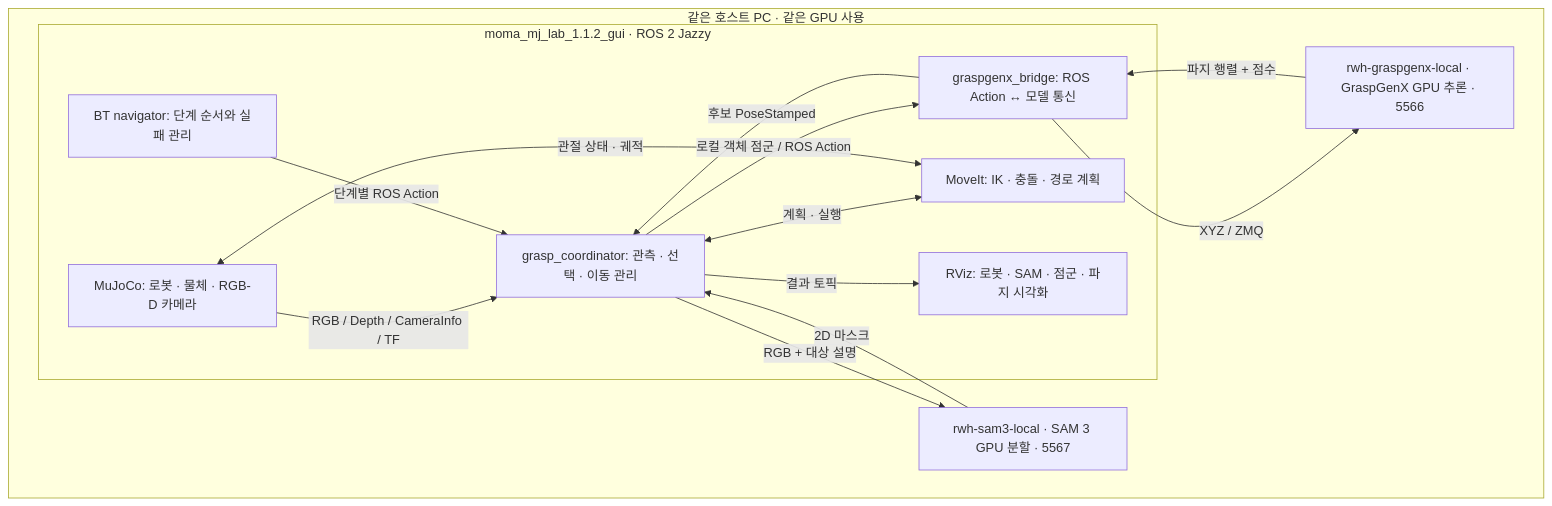
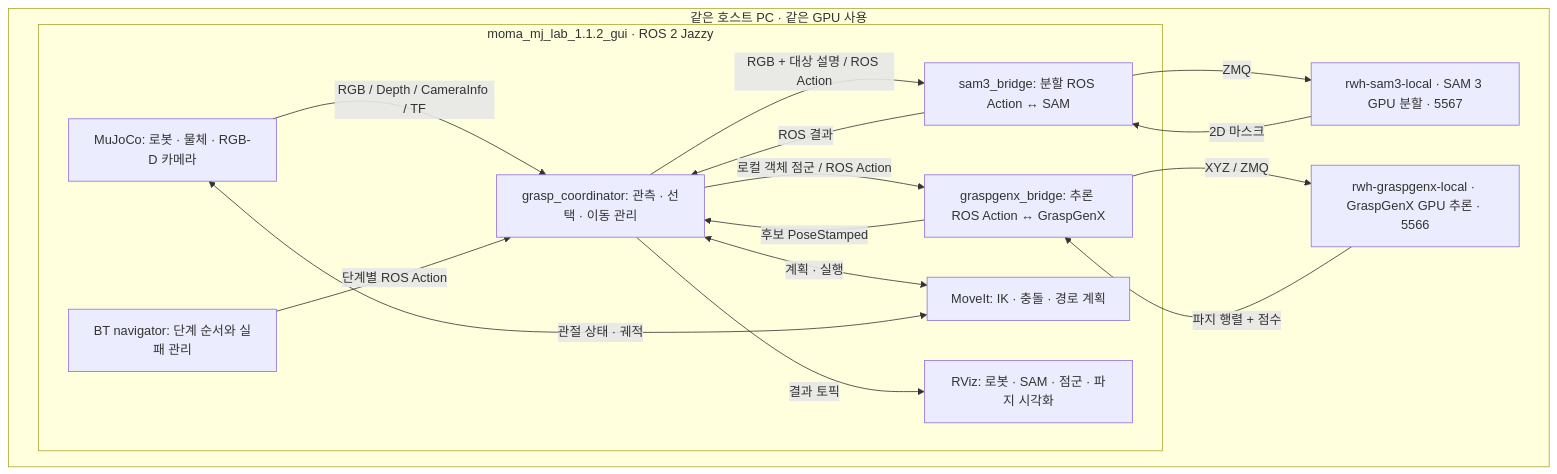
Before and after one commit to ggh-png/rwh_beyond: the diagram in docs/project-overview.md, drawn with Mermaid. The commit also changed other lines of this file and 107 other files, not shown here.

Commit message:
Split SAM and GraspGenX ROS bridges from grasp orchestration

````diff
--- a/docs/project-overview.md
+++ b/docs/project-overview.md
@@ -8,26 +8,29 @@
 ```mermaid
 flowchart TB
   subgraph HOST["같은 호스트 PC · 같은 GPU 사용"]
     subgraph ROS["moma_mj_lab_1.1.2_gui · ROS 2 Jazzy"]
       SIM["MuJoCo: 로봇 · 물체 · RGB-D 카메라"]
       BT["BT navigator: 단계 순서와 실패 관리"]
       CO["grasp_coordinator: 관측 · 선택 · 이동 관리"]
-      BR["graspgenx_bridge: ROS Action ↔ 모델 통신"]
+      SB["sam3_bridge: 분할 ROS Action ↔ SAM"]
+      BR["graspgenx_bridge: 추론 ROS Action ↔ GraspGenX"]
       MV["MoveIt: IK · 충돌 · 경로 계획"]
       RV["RViz: 로봇 · SAM · 점군 · 파지 시각화"]
     end
     SAM["rwh-sam3-local · SAM 3 GPU 분할 · 5567"]
     GX["rwh-graspgenx-local · GraspGenX GPU 추론 · 5566"]
   end
   SIM -->|RGB / Depth / CameraInfo / TF| CO
   BT -->|단계별 ROS Action| CO
-  CO -->|RGB + 대상 설명| SAM
-  SAM -->|2D 마스크| CO
+  CO -->|RGB + 대상 설명 / ROS Action| SB
+  SB -->|ZMQ| SAM
+  SAM -->|2D 마스크| SB
+  SB -->|ROS 결과| CO
   CO -->|로컬 객체 점군 / ROS Action| BR
   BR -->|XYZ / ZMQ| GX
   GX -->|파지 행렬 + 점수| BR
   BR -->|후보 PoseStamped| CO
   CO <-->|계획 · 실행| MV
   MV <-->|관절 상태 · 궤적| SIM
   CO -->|결과 토픽| RV
 ```
````
